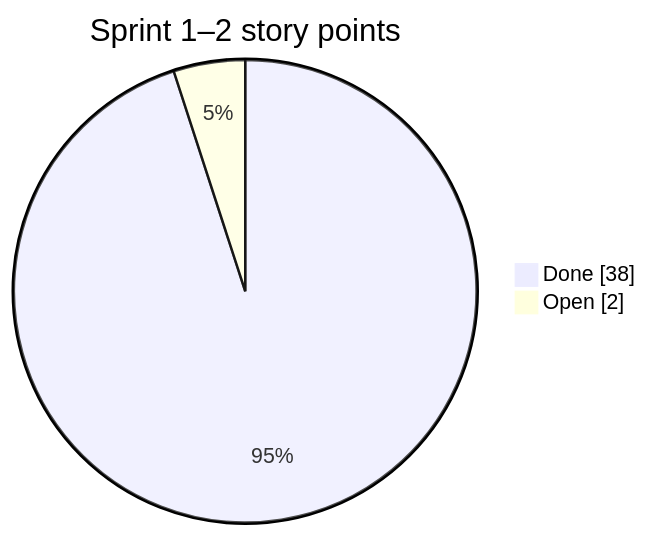
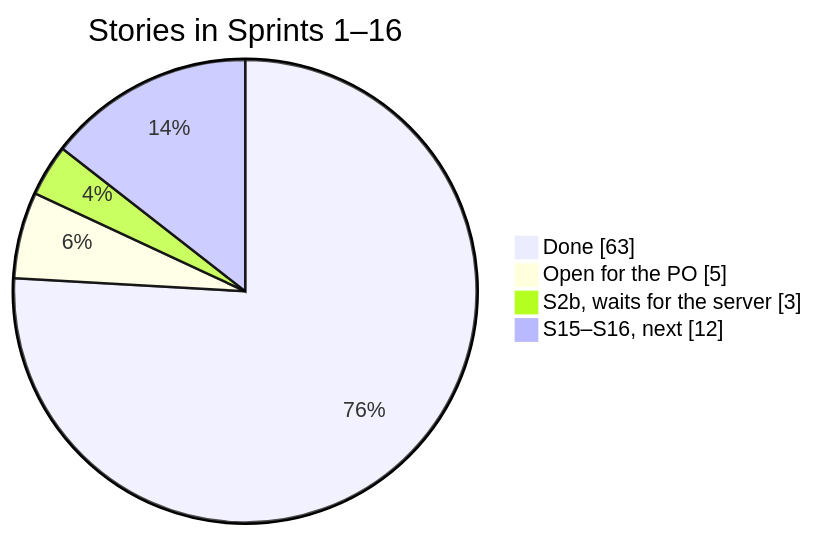
The second of 2 diagrams in docs/plan/sprint-plan.md (Sira-Labs/Suffa), drawn with Mermaid before and after one commit. The commit also changed other lines of this file and 2 other files, not shown here.

First line of the commit message:
docs: plan, roadmap and README for S1–S14 built and the week ahead

````diff
--- a/docs/plan/sprint-plan.md
+++ b/docs/plan/sprint-plan.md
@@ -47,6 +58,8 @@
 ```mermaid
 pie showData
-  title Sprint 1–2 story points
-  "Done" : 38
-  "Open" : 2
+  title Stories in Sprints 1–16
+  "Done" : 63
+  "Open for the PO" : 5
+  "S2b, waits for the server" : 3
+  "S15–S16, next" : 12
 ```
````
